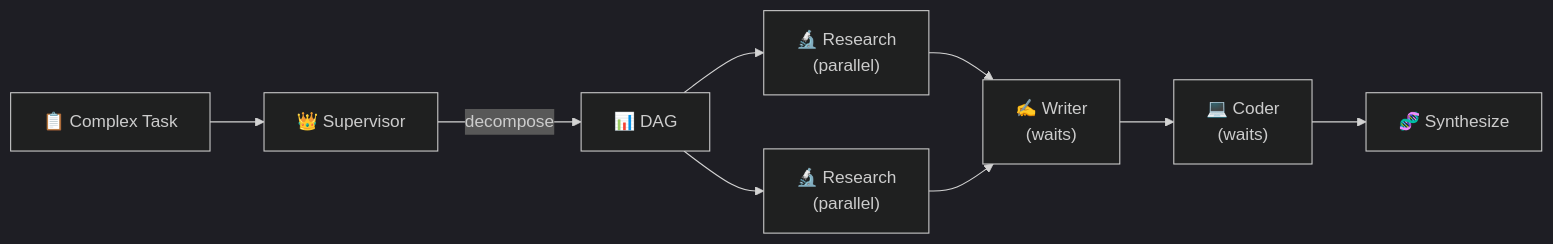
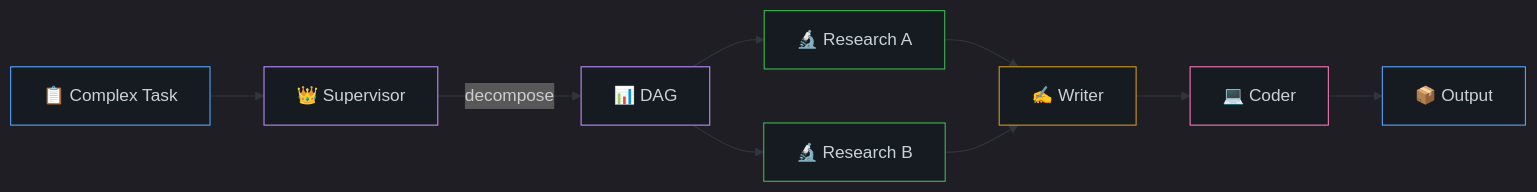
Before and after one commit to aman-bhaskar-codes/ATLAS: the second of 3 diagrams in README.md, drawn with Mermaid. The commit also changed other lines of this file and 4 other files, not shown here.

First line of the commit message:
docs: cinematic README v2 — custom animated SVGs, dark theme, full motion design

````diff
--- a/README.md
+++ b/README.md
@@ -263,13 +344,22 @@
 ```mermaid
-%%{init: {'theme': 'dark'}}%%
+%%{init: {'theme': 'dark', 'themeVariables': { 'primaryColor': '#161b22', 'primaryTextColor': '#c9d1d9', 'primaryBorderColor': '#bc8cff', 'lineColor': '#30363d'}}}%%
+
 graph LR
     TASK["📋 Complex Task"] --> SUP["👑 Supervisor"]
-    SUP --> |decompose| DAG["📊 DAG"]
+    SUP -->|decompose| DAG["📊 DAG"]
+    DAG --> R1["🔬 Research A"]
+    DAG --> R2["🔬 Research B"]
+    R1 --> MERGE["✍️ Writer"]
+    R2 --> MERGE
+    MERGE --> CODE["💻 Coder"]
+    CODE --> OUT["📦 Output"]
 
-    DAG --> R1["🔬 Research\n(parallel)"]
-    DAG --> R2["🔬 Research\n(parallel)"]
-    R1 --> W["✍️ Writer\n(waits)"]
-    R2 --> W
-    W --> C["💻 Coder\n(waits)"]
-    C --> SYNTH["🧬 Synthesize"]
+    style TASK fill:#161b22,stroke:#58a6ff,color:#c9d1d9
+    style SUP fill:#161b22,stroke:#bc8cff,color:#c9d1d9
+    style DAG fill:#161b22,stroke:#bc8cff,color:#c9d1d9
+    style R1 fill:#161b22,stroke:#3fb950,color:#c9d1d9
+    style R2 fill:#161b22,stroke:#3fb950,color:#c9d1d9
+    style MERGE fill:#161b22,stroke:#d29922,color:#c9d1d9
+    style CODE fill:#161b22,stroke:#f778ba,color:#c9d1d9
+    style OUT fill:#161b22,stroke:#58a6ff,color:#c9d1d9
 ```
````
